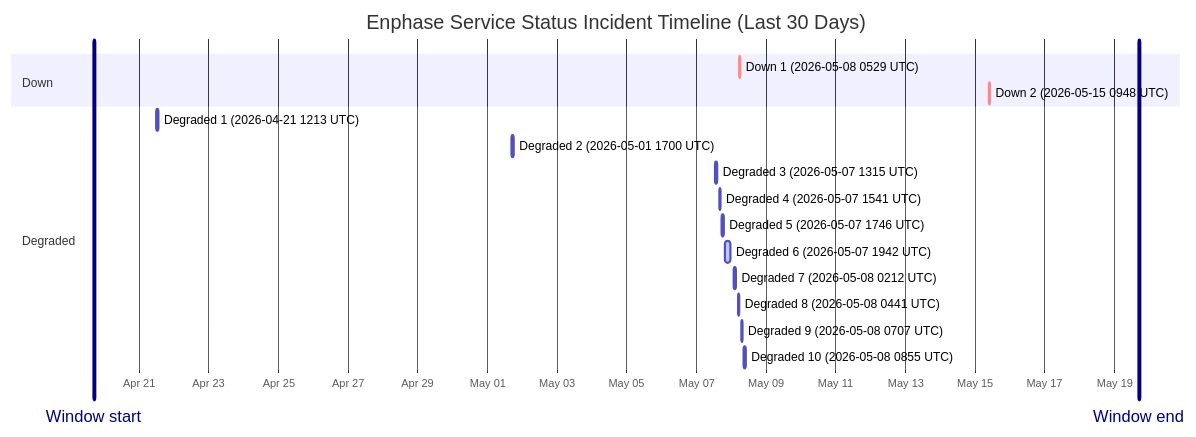
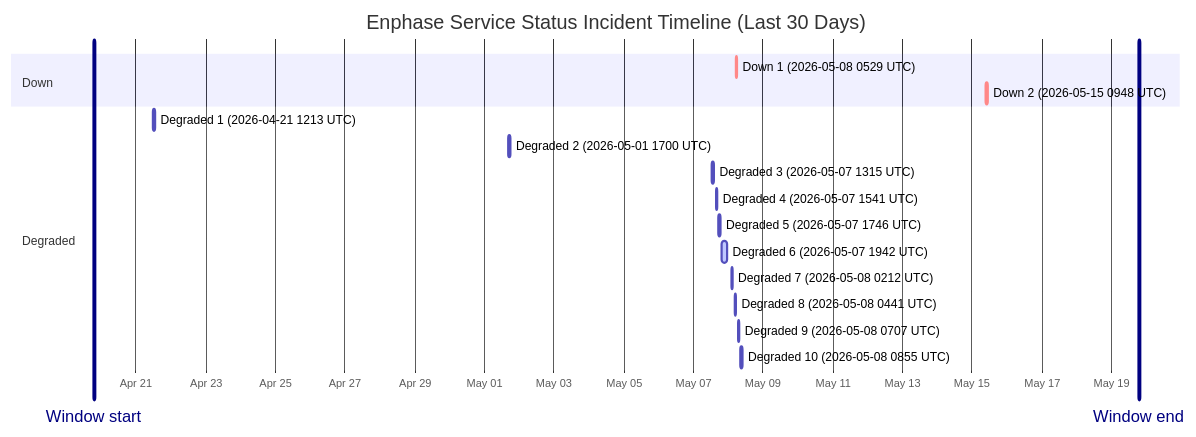
One commit to barneyonline/ha-enphase-ev-charger changed the diagram in wiki/Service-Status-History.md. Above: the diagram before and after it, drawn with Mermaid. The commit also changed other lines of this file and 3 other files, not shown here.

````diff
--- a/wiki/Service-Status-History.md
+++ b/wiki/Service-Status-History.md
@@ -14,22 +14,22 @@
 ```mermaid
 gantt
     title Enphase Service Status Incident Timeline (Last 30 Days)
     dateFormat  YYYY-MM-DDTHH:mm:ss
     axisFormat  %b %d
-    Window start :vert, window-start, 2026-04-19T16:49:18, 0ms
-    Window end :vert, window-end, 2026-05-19T16:49:18, 0ms
+    Window start :vert, window-start, 2026-04-19T18:59:26, 0ms
+    Window end :vert, window-end, 2026-05-19T18:59:26, 0ms
     section Down
     Down 1 (2026-05-08 0529 UTC) :crit, down-1, 2026-05-08T05:29:47, 60m
     Down 2 (2026-05-15 0948 UTC) :crit, down-2, 2026-05-15T09:48:18, 60m
     section Degraded
     Degraded 1 (2026-04-21 1213 UTC) :active, degraded-1, 2026-04-21T12:13:11, 60m
     Degraded 2 (2026-05-01 1700 UTC) :active, degraded-2, 2026-05-01T17:00:22, 60m
     Degraded 3 (2026-05-07 1315 UTC) :active, degraded-3, 2026-05-07T13:15:25, 60m
     Degraded 4 (2026-05-07 1541 UTC) :active, degraded-4, 2026-05-07T15:41:58, 60m
     Degraded 5 (2026-05-07 1746 UTC) :active, degraded-5, 2026-05-07T17:46:51, 60m
     Degraded 6 (2026-05-07 1942 UTC) :active, degraded-6, 2026-05-07T19:42:10, 249m
     Degraded 7 (2026-05-08 0212 UTC) :active, degraded-7, 2026-05-08T02:12:39, 60m
     Degraded 8 (2026-05-08 0441 UTC) :active, degraded-8, 2026-05-08T04:41:46, 60m
     Degraded 9 (2026-05-08 0707 UTC) :active, degraded-9, 2026-05-08T07:07:30, 60m
     Degraded 10 (2026-05-08 0855 UTC) :active, degraded-10, 2026-05-08T08:55:20, 88m
 ```
````
